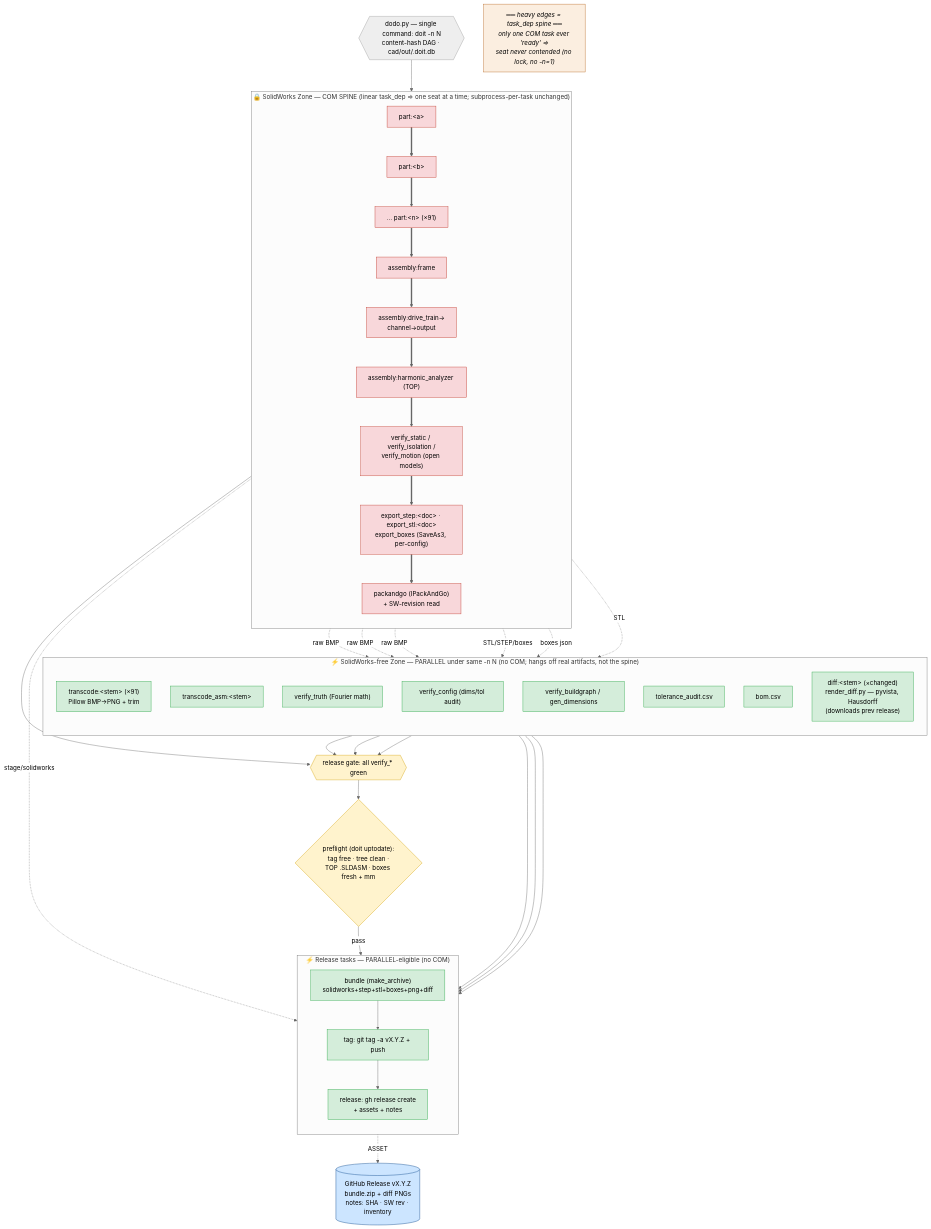
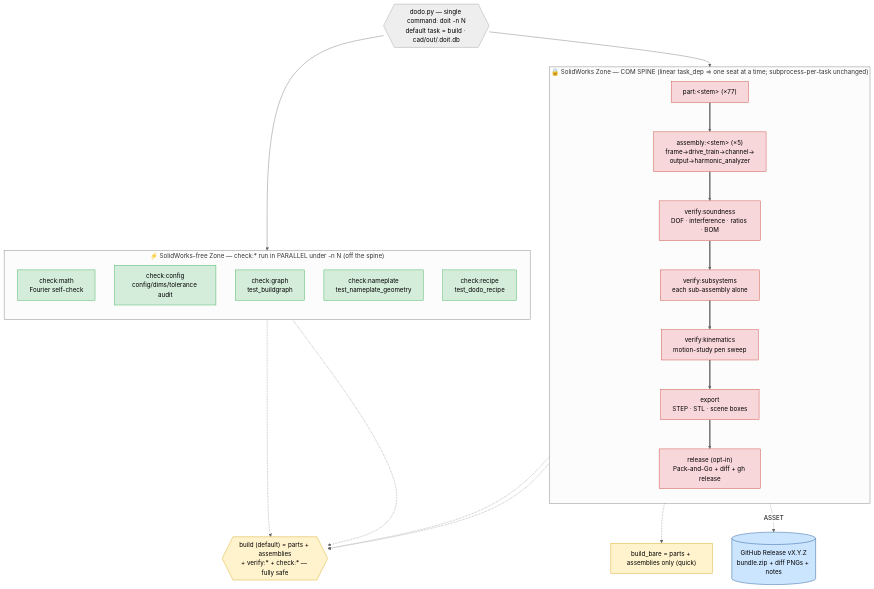
One commit to pedropaulovc/harmonic-analyzer changed the diagram in docs/pipeline/build_flow_target.mmd. Above: the diagram before and after it, drawn with Mermaid (neutral theme). The commit also changed 7 other files, not shown here.

First line of the commit message:
docs: propagate suite renames + refresh pipeline plan/diagram

```diff
--- a/docs/pipeline/build_flow_target.mmd
+++ b/docs/pipeline/build_flow_target.mmd
@@ -1,68 +1,45 @@
 flowchart TD
-    DOIT{{"dodo.py — single command: doit -n N<br/>content-hash DAG · cad/out/.doit.db"}}
+    DOIT{{"dodo.py — single command: doit -n N<br/>default task = build · cad/out/.doit.db"}}
 
     subgraph COM["🔒 SolidWorks Zone — COM SPINE (linear task_dep ⇒ one seat at a time; subprocess-per-task unchanged)"]
         direction TB
-        PART1["part:&lt;a&gt;"] ==> PART2["part:&lt;b&gt;"] ==> PARTN["… part:&lt;n&gt; (×91)"]
-        PARTN ==> ASM1["assembly:frame"] ==> ASM2["assembly:drive_train→<br/>channel→output"] ==> ASMT["assembly:harmonic_analyzer (TOP)"]
-        ASMT ==> VS["verify_static / verify_isolation /<br/>verify_motion (open models)"]
-        VS ==> EXP["export_step:&lt;doc&gt; · export_stl:&lt;doc&gt;<br/>export_boxes (SaveAs3, per-config)"]
-        EXP ==> PG["packandgo (IPackAndGo)<br/>+ SW-revision read"]
+        PART["part:&lt;stem&gt; (×77)"] ==> ASM["assembly:&lt;stem&gt; (×5)<br/>frame→drive_train→channel→<br/>output→harmonic_analyzer"]
+        ASM ==> VS["verify:soundness<br/>DOF · interference · ratios · BOM"]
+        VS ==> VSUB["verify:subsystems<br/>each sub-assembly alone"]
+        VSUB ==> VKIN["verify:kinematics<br/>motion-study pen sweep"]
+        VKIN ==> EXP["export<br/>STEP · STL · scene boxes"]
+        EXP ==> REL["release (opt-in)<br/>Pack-and-Go + diff + gh release"]
     end
 
-    DOIT --> PART1
-    NOTE["══ heavy edges = task_dep spine ══<br/>only one COM task ever 'ready' ⇒<br/>seat never contended (no lock, no -n=1)"]:::note
+    DOIT --> PART
 
-    subgraph CPU["⚡ SolidWorks-free Zone — PARALLEL under same -n N (no COM; hangs off real artifacts, not the spine)"]
+    subgraph CPU["⚡ SolidWorks-free Zone — check:* run in PARALLEL under -n N (off the spine)"]
         direction TB
-        TRANS["transcode:&lt;stem&gt; (×91)<br/>Pillow BMP→PNG + trim"]
-        TRANSA["transcode_asm:&lt;stem&gt;"]
-        VT["verify_truth (Fourier math)"]
-        VC["verify_config (dims/tol audit)"]
-        VB["verify_buildgraph / gen_dimensions"]
-        CHK["tolerance_audit.csv"]
-        BOM["bom.csv"]
-        DIFF["diff:&lt;stem&gt; (×changed)<br/>render_diff.py — pyvista, Hausdorff<br/>(downloads prev release)"]
+        CM["check:math<br/>Fourier self-check"]
+        CC["check:config<br/>config/dims/tolerance audit"]
+        CG["check:graph<br/>test_buildgraph"]
+        CN["check:nameplate<br/>test_nameplate_geometry"]
+        CR["check:recipe<br/>test_dodo_recipe"]
     end
 
-    %% CPU tasks depend on real COM artifacts, NOT on the spine → free to run in parallel
-    PART1 -.->|"raw BMP"| TRANS
-    PARTN -.->|"raw BMP"| TRANS
-    ASMT  -.->|"raw BMP"| TRANSA
-    EXP -.->|"STL/STEP/boxes"| DIFF
-    EXP -.->|"boxes json"| BOM
-    EXP -.->|"STL"| CHK
+    DOIT --> CM
 
-    %% release gate: every verify_* must be green
-    VS --> GATE{{"release gate: all verify_* green"}}
-    VT --> GATE
-    VC --> GATE
-    VB --> GATE
+    %% build = every part + assembly + every gate (the one safe entry)
+    BUILD{{"build (default) = parts + assemblies<br/>+ verify:* + check:* — fully safe"}}
+    ASM -.-> BUILD
+    VKIN -.-> BUILD
+    CM -.-> BUILD
+    CR -.-> BUILD
+    BBARE["build_bare = parts + assemblies only (quick)"]
+    ASM -.-> BBARE
 
-    GATE --> PRE{"preflight (doit uptodate):<br/>tag free · tree clean ·<br/>TOP .SLDASM · boxes fresh + mm"}
-
-    subgraph RELZ["⚡ Release tasks — PARALLEL-eligible (no COM)"]
-        direction TB
-        BUNDLE["bundle (make_archive)<br/>solidworks+step+stl+boxes+png+diff"]
-        TAG["tag: git tag -a vX.Y.Z + push"]
-        GH["release: gh release create<br/>+ assets + notes"]
-        BUNDLE --> TAG --> GH
-    end
-
-    PRE -->|pass| BUNDLE
-    PG    -.->|"stage/solidworks"| BUNDLE
-    TRANS --> BUNDLE
-    TRANSA --> BUNDLE
-    DIFF --> BUNDLE
-
-    GH -.->|ASSET| OUT[("GitHub Release vX.Y.Z<br/>bundle.zip + diff PNGs<br/>notes: SHA · SW rev · inventory")]
+    REL -.->|ASSET| OUT[("GitHub Release vX.Y.Z<br/>bundle.zip + diff PNGs + notes")]
 
     classDef gate fill:#fff3cd,stroke:#d39e00,color:#000;
     classDef serial fill:#f8d7da,stroke:#c0392b,color:#000;
     classDef par fill:#d4edda,stroke:#28a745,color:#000;
     classDef asset fill:#cce5ff,stroke:#004085,color:#000;
-    classDef note fill:#fbeee0,stroke:#b5651d,color:#000,font-style:italic;
-    class PG1,AG,GATE,PRE gate;
-    class PART1,PART2,PARTN,ASM1,ASM2,ASMT,VS,EXP,PG serial;
-    class TRANS,TRANSA,VT,VC,VB,CHK,BOM,DIFF,BUNDLE,TAG,GH par;
+    class BUILD,BBARE gate;
+    class PART,ASM,VS,VSUB,VKIN,EXP,REL serial;
+    class CM,CC,CG,CN,CR par;
     class OUT asset;
```
